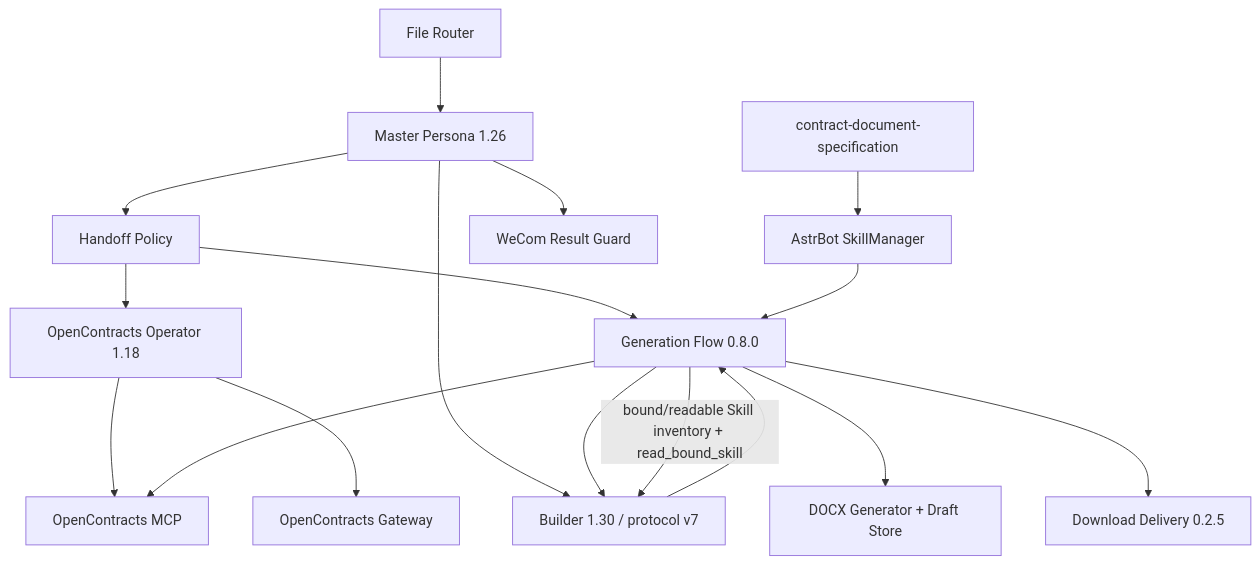
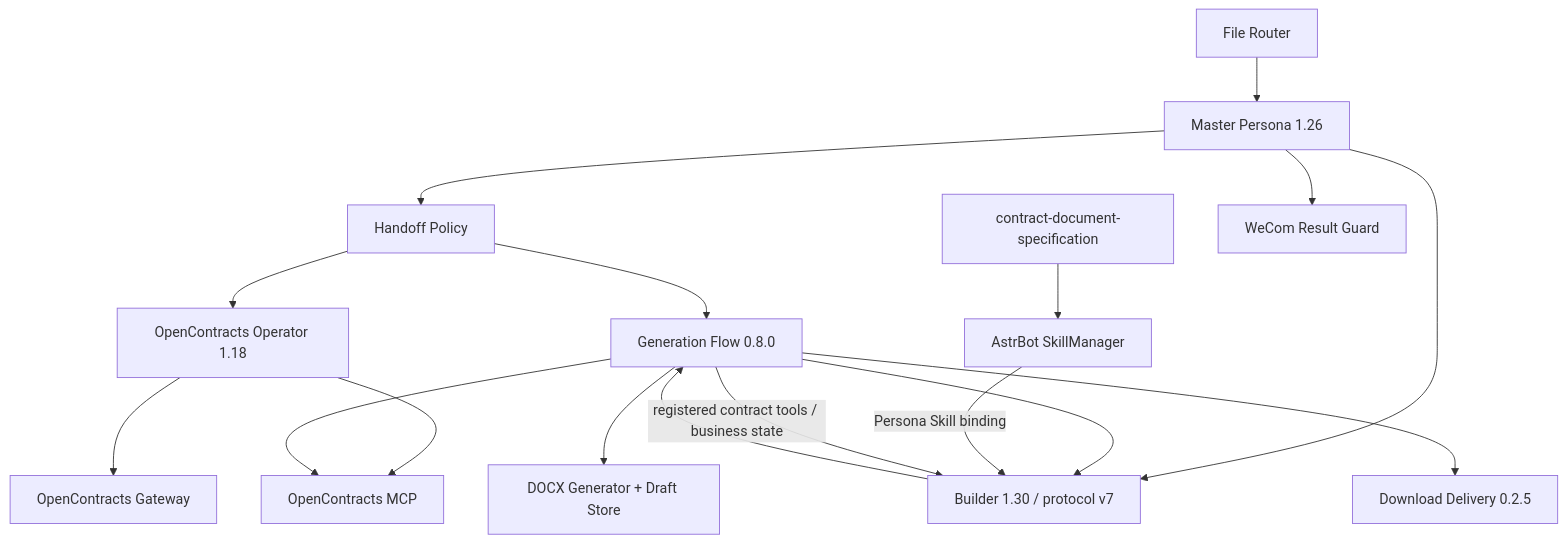
The second of 2 diagrams in docs/architecture/system-context.md (Ri0n72Y/ContractBotConfig), drawn with Mermaid before and after one commit. The commit also changed other lines of this file, not shown here.

````diff
--- a/docs/architecture/system-context.md
+++ b/docs/architecture/system-context.md
@@ -26,31 +26,31 @@
 ```mermaid
 flowchart TB
     Router[File Router]
     Master[Master Persona 1.26]
     Handoff[Handoff Policy]
     Operator[OpenContracts Operator 1.18]
     Gateway[OpenContracts Gateway]
     MCP[OpenContracts MCP]
     Builder[Builder 1.30 / protocol v7]
     SkillMgr[AstrBot SkillManager]
     DocSpec[contract-document-specification]
     Flow[Generation Flow 0.8.0]
     Generator[DOCX Generator + Draft Store]
     Delivery[Download Delivery 0.2.5]
     Guard[WeCom Result Guard]
 
     Router --> Master
     Master --> Handoff --> Operator
     Operator --> MCP
     Operator --> Gateway
     Master --> Builder
     Handoff --> Flow --> Builder
-    SkillMgr --> Flow
     DocSpec --> SkillMgr
-    Flow -->|bound/readable Skill inventory + read_bound_skill| Builder
+    SkillMgr -->|Persona Skill binding| Builder
+    Flow -->|registered contract tools / business state| Builder
     Builder --> Flow
     Flow --> MCP
     Flow --> Generator
     Flow --> Delivery
     Master --> Guard
 ```
````
